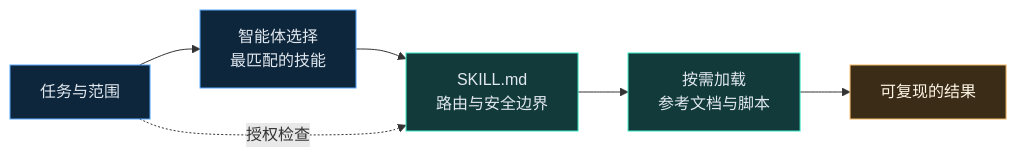
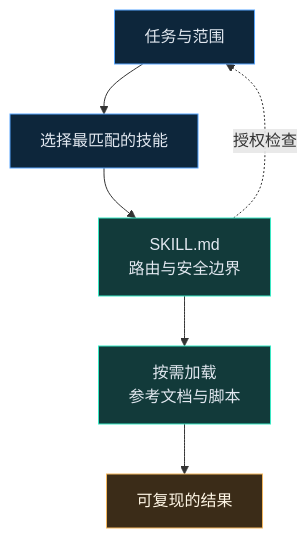
One commit to baoan778/BaoanSkills changed the diagram in README.zh-CN.md. Above: the diagram before and after it, drawn with Mermaid. The commit also changed other lines of this file and 6 other files, not shown here.

````diff
--- a/README.zh-CN.md
+++ b/README.zh-CN.md
@@ -150,15 +173,15 @@
 ```mermaid
-flowchart LR
-    A["任务与范围"] --> B["智能体选择\n最匹配的技能"]
+flowchart TD
+    A["任务与范围"] --> B["选择最匹配的技能"]
     B --> C["SKILL.md\n路由与安全边界"]
     C --> D["按需加载\n参考文档与脚本"]
     D --> E["可复现的结果"]
-    A -. "授权检查" .-> C
+    C -. "授权检查" .-> A
 
     classDef task fill:#0d263b,stroke:#58a6ff,color:#e2e8f0
     classDef skill fill:#123a3a,stroke:#38e8c4,color:#e2e8f0
     classDef result fill:#3b2c18,stroke:#f4b860,color:#fff7e6
     class A,B task
     class C,D skill
     class E result
 ```
````
